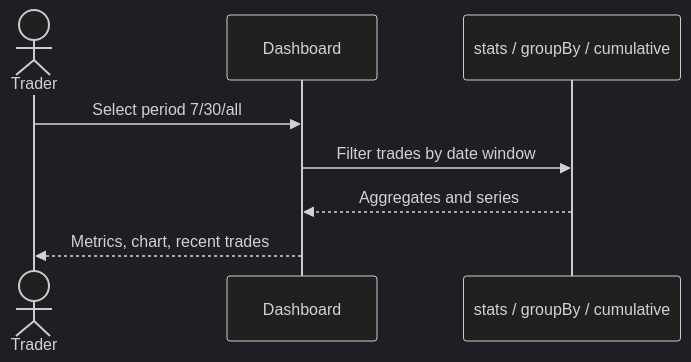
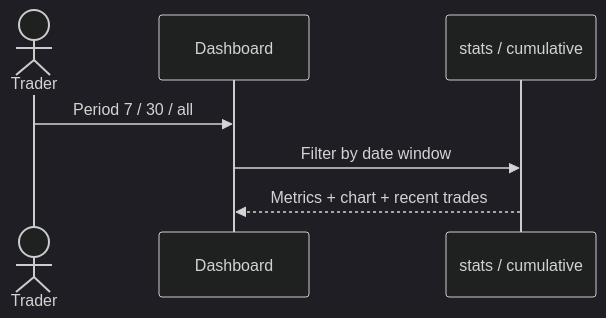
Before and after one commit to jah-guide/journalx-dashboard: the fourth of 4 diagrams in docs/07-sequence-flows.md, drawn with Mermaid (dark theme). The commit also changed other lines of this file, not shown here.

Commit message:
docs: shorten core sequence flow diagrams

````diff
--- a/docs/07-sequence-flows.md
+++ b/docs/07-sequence-flows.md
@@ -100,11 +133,19 @@
 ```mermaid
+
 sequenceDiagram
+
   actor Trader
+
   participant Dash as Dashboard
-  participant Lib as stats / groupBy / cumulative
 
-  Trader->>Dash: Select period 7/30/all
-  Dash->>Lib: Filter trades by date window
-  Lib-->>Dash: Aggregates and series
-  Dash-->>Trader: Metrics, chart, recent trades
+  participant Lib as stats / cumulative
+
+
+
+  Trader->>Dash: Period 7 / 30 / all
+
+  Dash->>Lib: Filter by date window
+
+  Lib-->>Dash: Metrics + chart + recent trades
+
 ```
````
